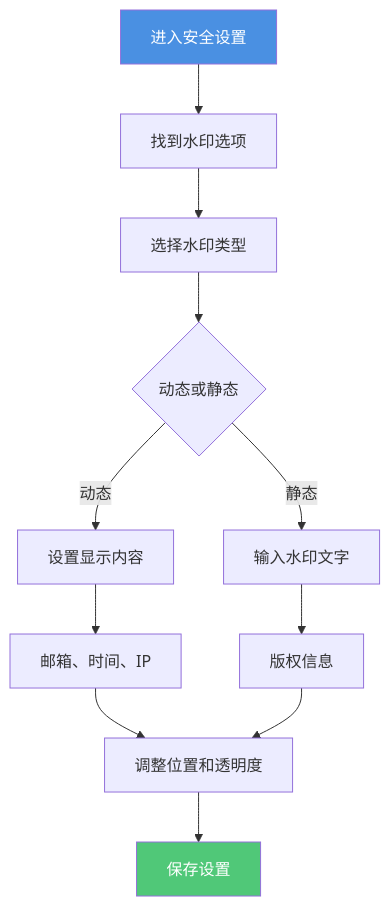
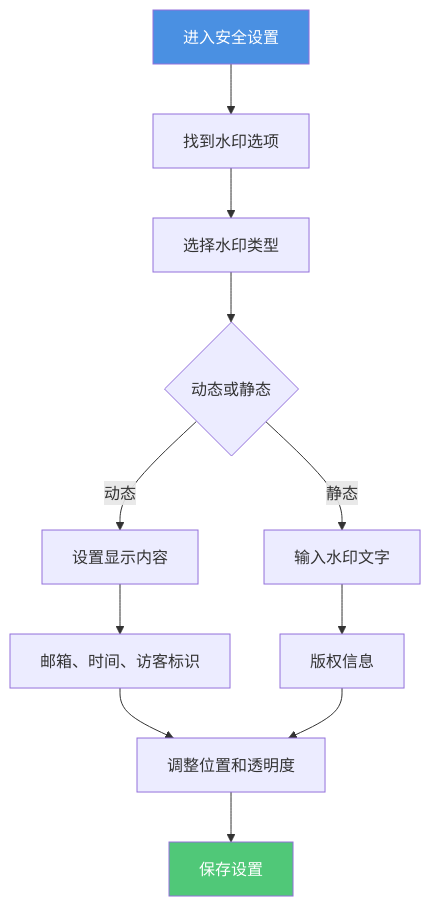
One commit to mythenigma/cloudflareAstro changed the second of 3 diagrams in src/content/blog/cn/pdf-link-view-limit-watermark.md. Above: the diagram before and after it, drawn with Mermaid. The commit also changed other lines of this file and 353 other files, not shown here.

````diff
--- a/src/content/blog/cn/pdf-link-view-limit-watermark.md
+++ b/src/content/blog/cn/pdf-link-view-limit-watermark.md
@@ -101,16 +101,16 @@
 ```mermaid
 flowchart TD
     A[进入安全设置] --> B[找到水印选项]
     B --> C[选择水印类型]
     C --> D{动态或静态}
     D -->|动态| E[设置显示内容]
     D -->|静态| F[输入水印文字]
-    E --> G[邮箱、时间、IP]
+    E --> G[邮箱、时间、访客标识]
     F --> H[版权信息]
     G --> I[调整位置和透明度]
     H --> I
     I --> J[保存设置]
     
     style A fill:#4A90E2,color:#fff
     style J fill:#50C878,color:#fff
 ```
````
